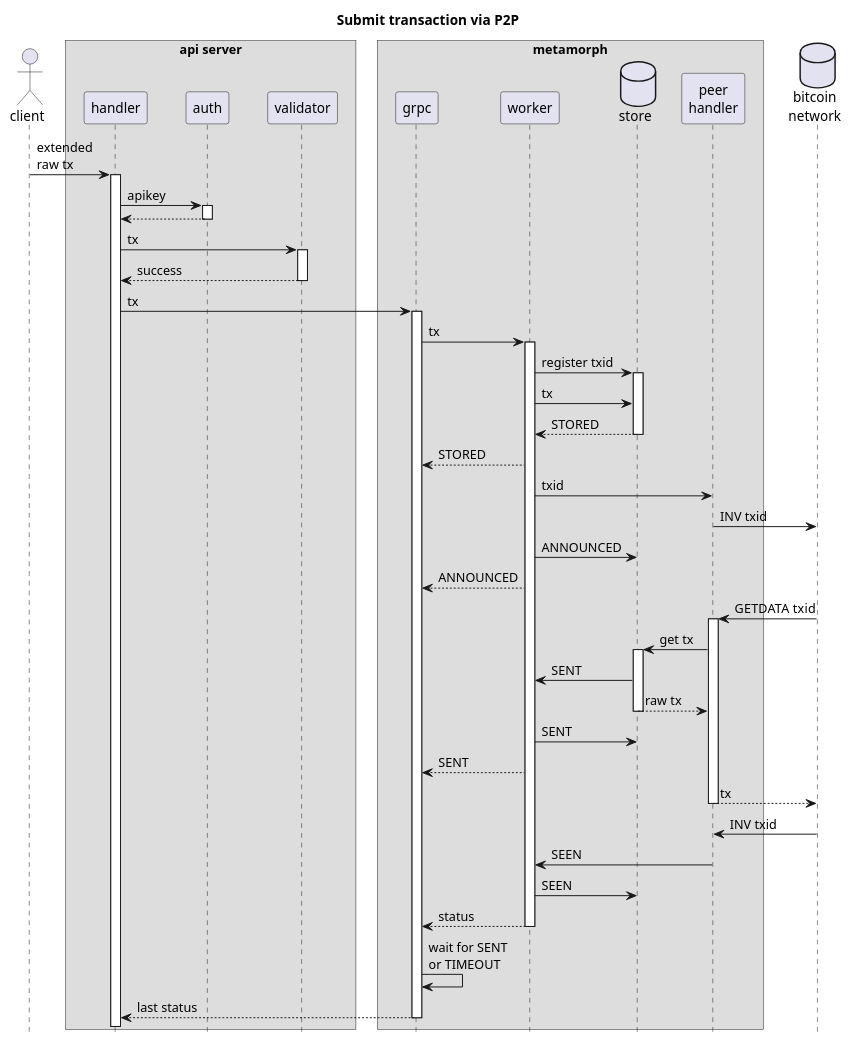
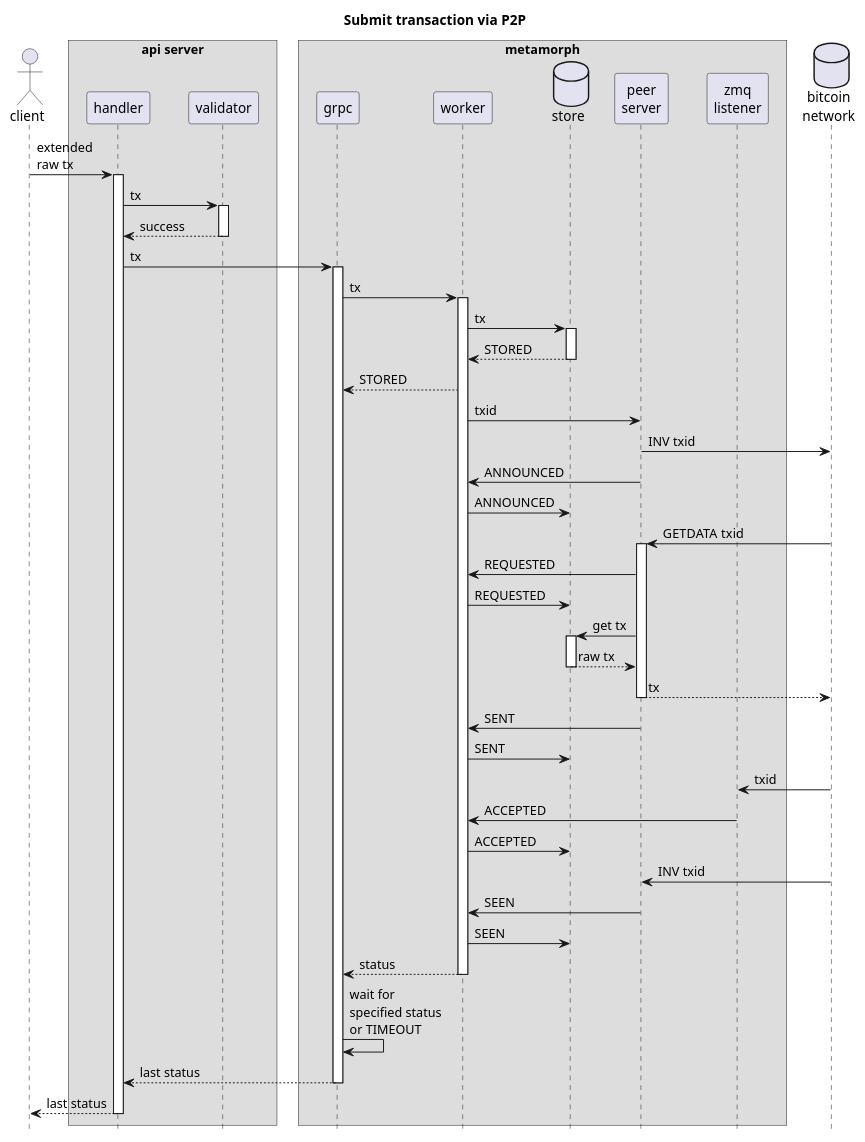
Before and after one commit to bitcoin-sv/arc: the fifth of 6 diagrams in doc/README.md, drawn with PlantUML. The commit also changed other lines of this file and 3 other files, not shown here.

Commit message:
BAARC-12: Update transaction flow

````diff
--- a/doc/README.md
+++ b/doc/README.md
@@ -202,66 +333,77 @@
 ```plantuml
 @startuml
 hide footbox
 skinparam ParticipantPadding 15
 skinparam BoxPadding 10
 
 actor "client" as tx
 
 box api server
     participant handler
-    participant auth
     participant validator
 end box
 
 box metamorph
     participant grpc
     participant worker
     database store
-    participant "peer\nhandler" as peer
+    participant "peer\nserver" as peer
+    participant "zmq\nlistener" as zmq
 end box
 
 database "bitcoin\nnetwork" as bsv
 
 title Submit transaction via P2P
 
 tx -> handler ++: extended\nraw tx
 
-    handler -> auth ++: apikey
-    return
-
     handler -> validator ++: tx
     return success
 
     handler -> grpc ++: tx
         grpc -> worker ++: tx
-            worker -> store++: register txid
-            worker -> store: tx
+            worker -> store++: tx
         return STORED
         worker --> grpc: STORED
 
         worker -> peer: txid
         peer -> bsv: INV txid
+        peer -> worker: ANNOUNCED
+
         worker -> store: ANNOUNCED
-        worker --> grpc: ANNOUNCED
+
 
         bsv -> peer++: GETDATA txid
+            peer -> worker: REQUESTED
+            worker -> store: REQUESTED
             peer -> store ++ : get tx
-                store -> worker : SENT
             return raw tx
 
-            worker -> store: SENT
-            worker --> grpc: SENT
         return tx
+
+        peer -> worker: SENT
+
+        worker -> store: SENT
+
+
+
+        bsv -> zmq: txid
+        zmq -> worker: ACCEPTED
+
+        worker -> store: ACCEPTED
+
 
         bsv -> peer: INV txid
         peer -> worker: SEEN
         worker -> store: SEEN
 
     return status
 
-    grpc -> grpc: wait for SENT\nor TIMEOUT
+    grpc -> grpc: wait for\nspecified status\nor TIMEOUT
+    return last status
 
 return last status
 
 @enduml
+
 ```
````
